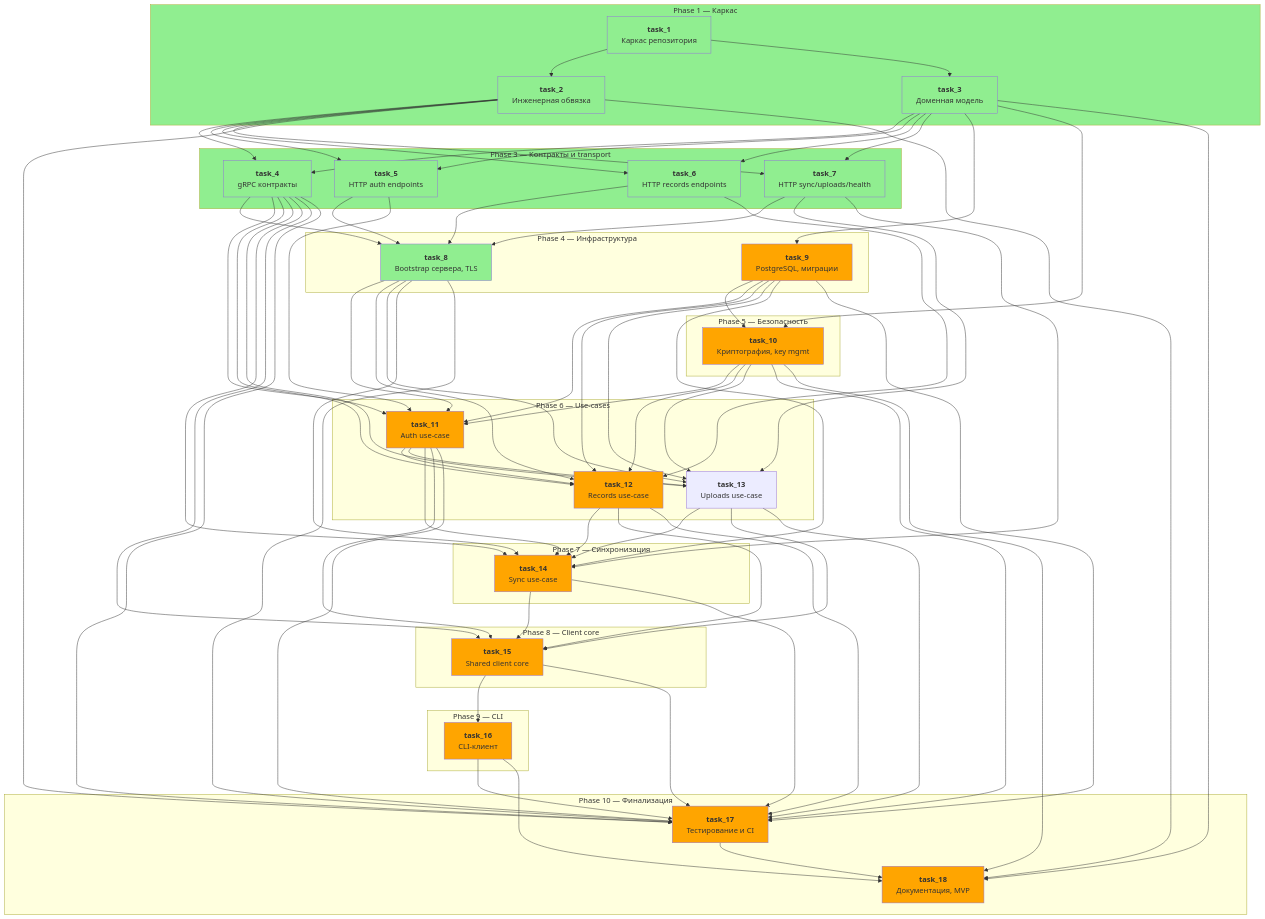
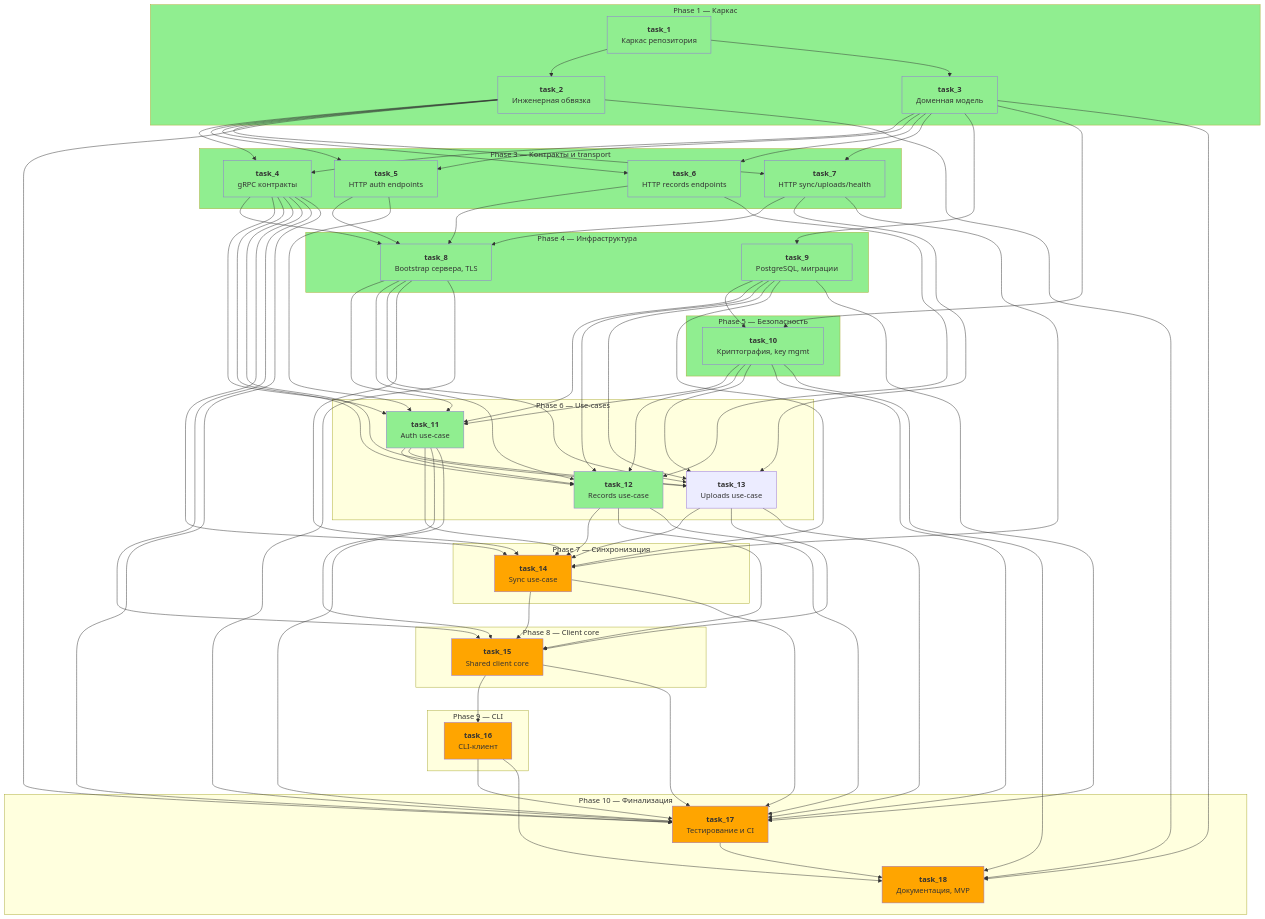
The diagram in .memory-bank/steps.md (hydra13/gophkeeper), drawn with Mermaid before and after one commit. The commit also changed other lines of this file and 53 other files, not shown here.

```diff
--- a/.memory-bank/steps.md
+++ b/.memory-bank/steps.md
@@ -30,21 +30,23 @@
         T8["<b>task_8</b><br/>Bootstrap сервера, TLS"]
         T9["<b>task_9</b><br/>PostgreSQL, миграции"]
     end
+    class P4 completed
     class T8 completed
-    class T9 crit
+    class T9 completed
 
     subgraph P5["Phase 5 — Безопасность"]
         T10["<b>task_10</b><br/>Криптография, key mgmt"]
     end
-    class T10 crit
+    class P5 completed
+    class T10 completed
 
     subgraph P6["Phase 6 — Use-cases"]
         T11["<b>task_11</b><br/>Auth use-case"]
         T12["<b>task_12</b><br/>Records use-case"]
         T13["<b>task_13</b><br/>Uploads use-case"]
     end
-    class T11 crit
-    class T12 crit
+    class T11 completed
+    class T12 completed
 
     subgraph P7["Phase 7 — Синхронизация"]
         T14["<b>task_14</b><br/>Sync use-case"]
```
